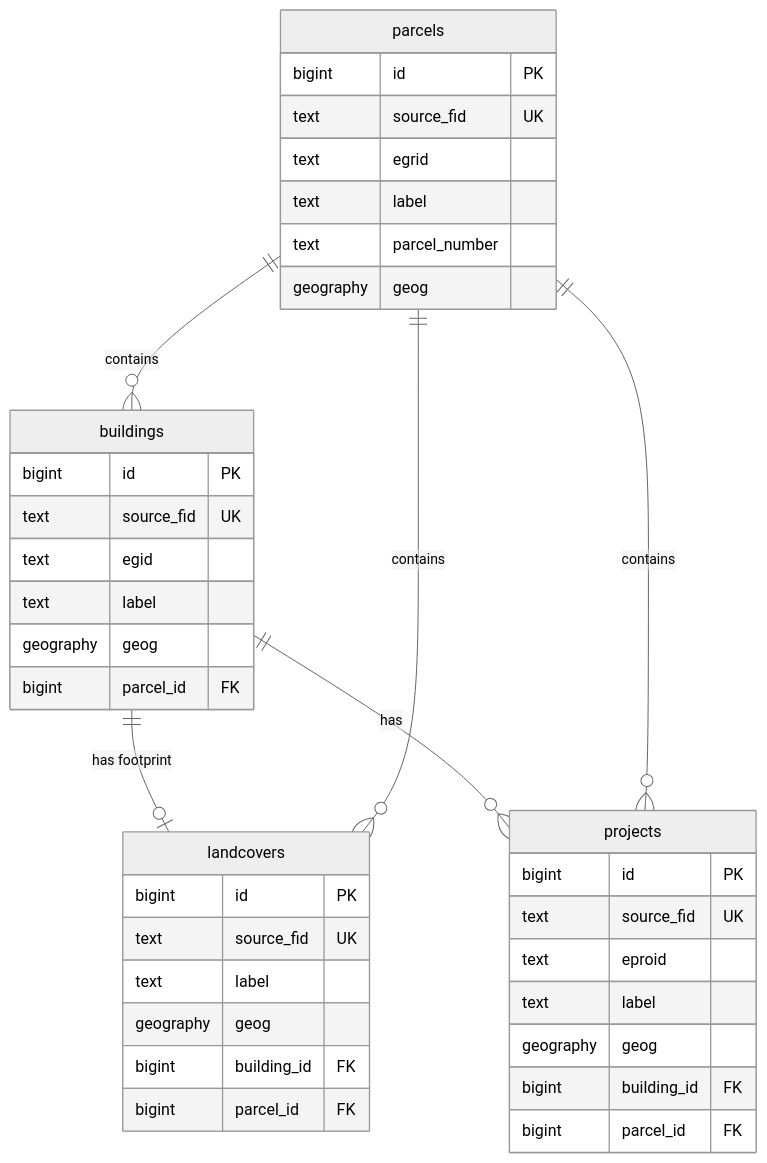
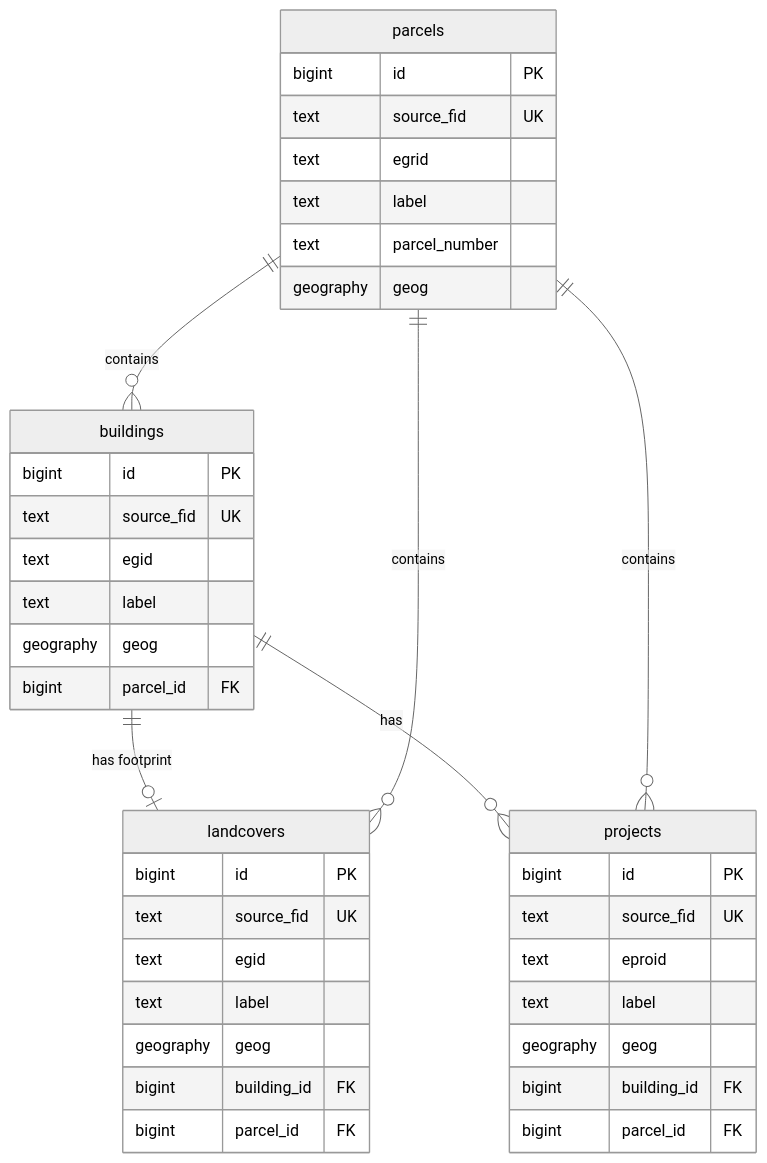
The diagram in documentation/DATAMODEL.md (davras5/OpenBuildings), drawn with Mermaid (neutral theme) before and after one commit.

````diff
--- a/documentation/DATAMODEL.md
+++ b/documentation/DATAMODEL.md
@@ -23,45 +23,46 @@
 ```mermaid
 erDiagram
     parcels ||--o{ buildings : "contains"
     buildings ||--o| landcovers : "has footprint"
     parcels ||--o{ landcovers : "contains"
     buildings ||--o{ projects : "has"
     parcels ||--o{ projects : "contains"
 
     buildings {
         bigint id PK
         text source_fid UK
         text egid
         text label
         geography geog
         bigint parcel_id FK
     }
 
     parcels {
         bigint id PK
         text source_fid UK
         text egrid
         text label
         text parcel_number
         geography geog
     }
 
     landcovers {
         bigint id PK
         text source_fid UK
+        text egid
         text label
         geography geog
         bigint building_id FK
         bigint parcel_id FK
     }
 
     projects {
         bigint id PK
         text source_fid UK
         text eproid
         text label
         geography geog
         bigint building_id FK
         bigint parcel_id FK
     }
 ```
````
